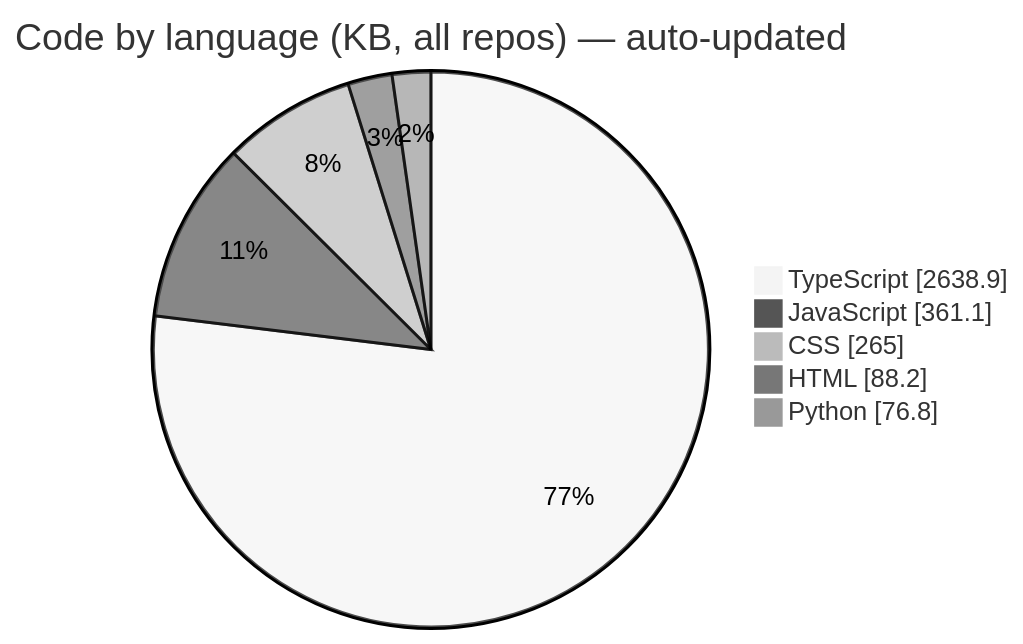
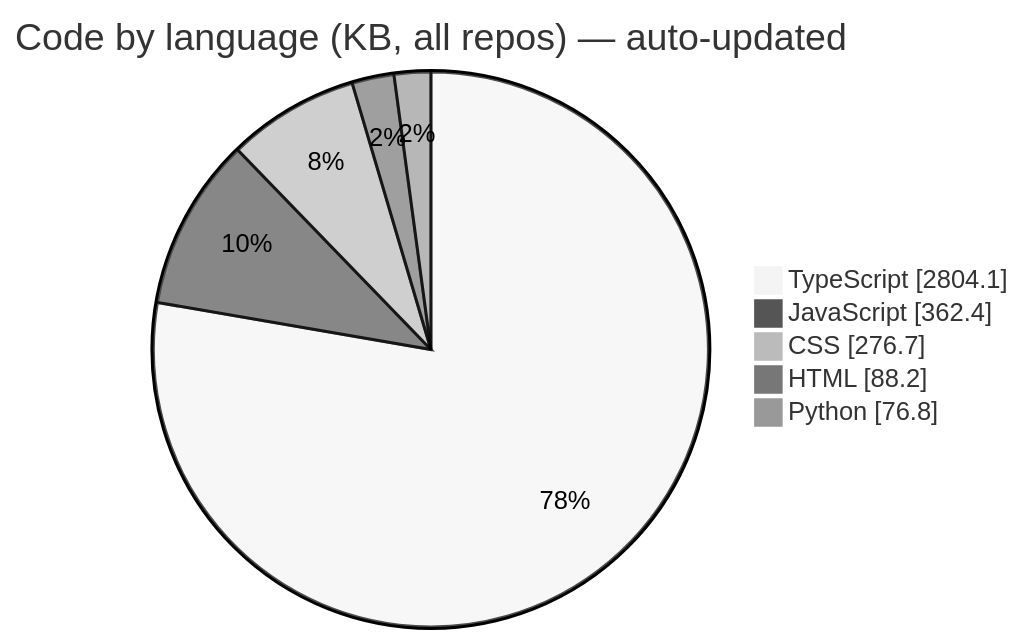
The third of 6 diagrams in README.md (Manashjyoti-Bora/Manashjyoti-Bora), drawn with Mermaid (neutral theme) before and after one commit. The commit also changed other lines of this file and 2 other files, not shown here.

````diff
--- a/README.md
+++ b/README.md
@@ -196,9 +196,9 @@
 ```mermaid
 pie showData
     title Code by language (KB, all repos) — auto-updated
-    "TypeScript" : 2638.9
-    "JavaScript" : 361.1
-    "CSS" : 265.0
+    "TypeScript" : 2804.1
+    "JavaScript" : 362.4
+    "CSS" : 276.7
     "HTML" : 88.2
     "Python" : 76.8
 ```
````
